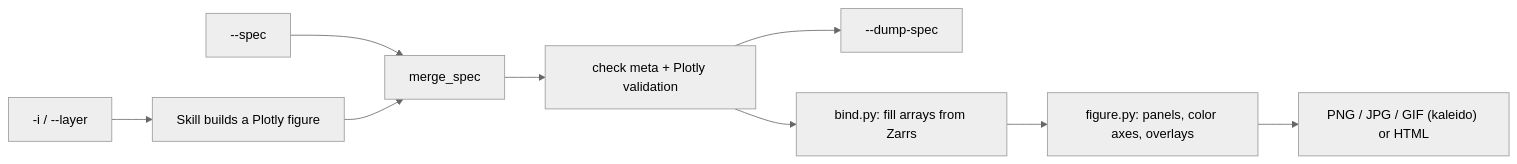
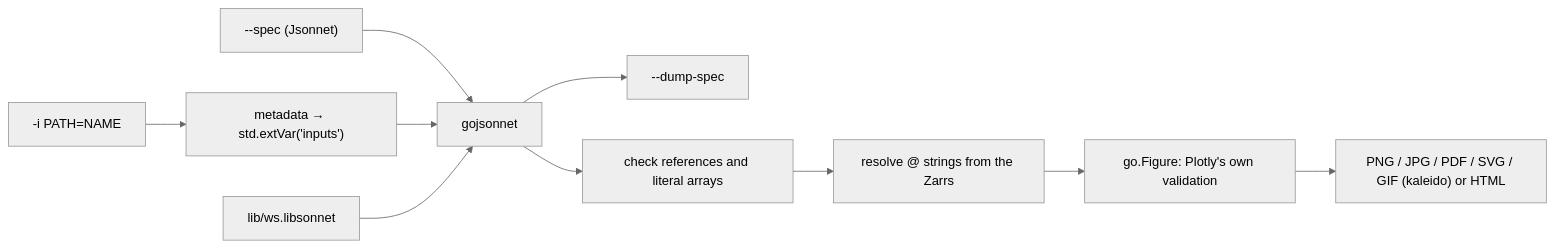
Before and after one commit to rhiza-research/weather-skills-plotting: the diagram in docs/plotting.md, drawn with Mermaid (neutral theme). The commit also changed other lines of this file and 58 other files, not shown here.

First line of the commit message:
plot: the spec is Jsonnet that evaluates to a Plotly figure, with @ data references

````diff
--- a/docs/plotting.md
+++ b/docs/plotting.md
@@ -21,11 +21,12 @@
 ```mermaid
 flowchart LR
-  Files["-i / --layer"] --> Skeleton[Skill builds a Plotly figure]
-  SpecFlag["--spec"] --> Merge[merge_spec]
-  Skeleton --> Merge
-  Merge --> Validate[check meta + Plotly validation]
-  Validate --> Dump["--dump-spec"]
-  Validate --> Bind[bind.py: fill arrays from Zarrs]
-  Bind --> Assemble[figure.py: panels, color axes, overlays]
-  Assemble --> Out["PNG / JPG / GIF (kaleido) or HTML"]
+  Inputs["-i PATH=NAME"] --> Meta["metadata → std.extVar('inputs')"]
+  Spec["--spec (Jsonnet)"] --> Eval[gojsonnet]
+  Meta --> Eval
+  Lib["lib/ws.libsonnet"] --> Eval
+  Eval --> Dump["--dump-spec"]
+  Eval --> Check["check references and literal arrays"]
+  Check --> Resolve["resolve @ strings from the Zarrs"]
+  Resolve --> Validate["go.Figure: Plotly's own validation"]
+  Validate --> Out["PNG / JPG / PDF / SVG / GIF (kaleido) or HTML"]
 ```
````
